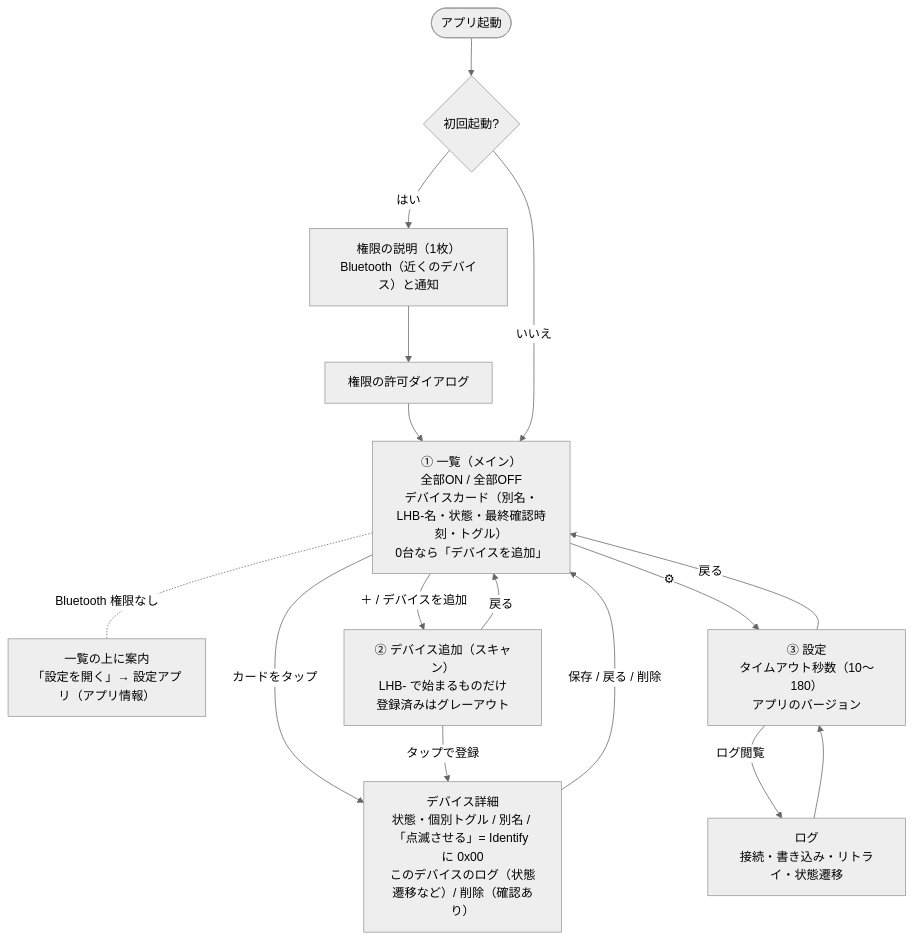
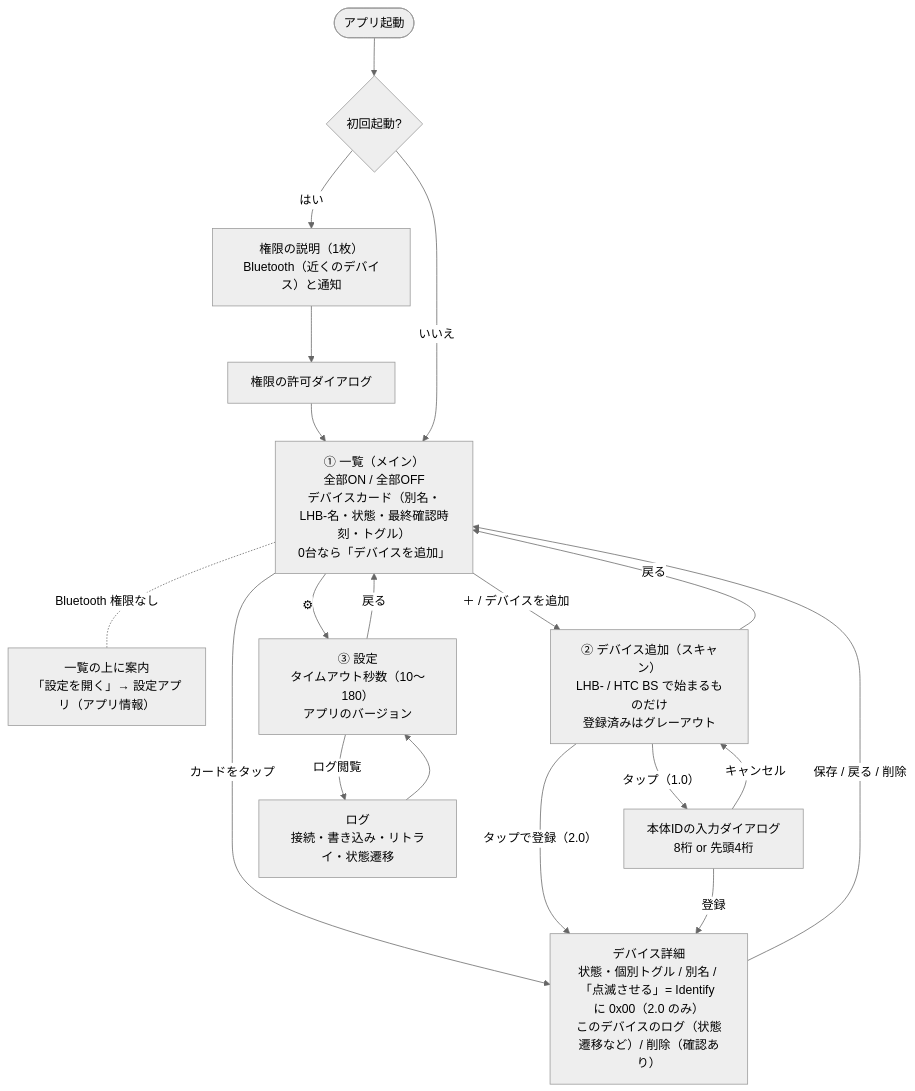
Before and after one commit to zeusisgood/lighthouse-keeper: the diagram in docs/architecture/04-screen-flow.md, drawn with Mermaid (neutral theme). The commit also changed other lines of this file and 17 other files, not shown here.

````diff
--- a/docs/architecture/04-screen-flow.md
+++ b/docs/architecture/04-screen-flow.md
@@ -5,22 +5,25 @@
 ```mermaid
 flowchart TB
     Start([アプリ起動]) --> First{初回起動?}
     First -- はい --> Explain["権限の説明（1枚）<br/>Bluetooth（近くのデバイス）と通知"]
     Explain --> Dialog["権限の許可ダイアログ"]
     Dialog --> List
     First -- いいえ --> List
 
     List["① 一覧（メイン）<br/>全部ON / 全部OFF<br/>デバイスカード（別名・LHB-名・状態・最終確認時刻・トグル）<br/>0台なら「デバイスを追加」"]
     List -. "Bluetooth 権限なし" .- Banner["一覧の上に案内<br/>「設定を開く」→ 設定アプリ（アプリ情報）"]
     List -- "カードをタップ" --> Detail
 
-    List -- "＋ / デバイスを追加" --> Scan["② デバイス追加（スキャン）<br/>LHB- で始まるものだけ<br/>登録済みはグレーアウト"]
-    Scan -- "タップで登録" --> Detail["デバイス詳細<br/>状態・個別トグル / 別名 / 「点滅させる」= Identify に 0x00<br/>このデバイスのログ（状態遷移など）/ 削除（確認あり）"]
+    List -- "＋ / デバイスを追加" --> Scan["② デバイス追加（スキャン）<br/>LHB- / HTC BS で始まるものだけ<br/>登録済みはグレーアウト"]
+    Scan -- "タップで登録（2.0）" --> Detail["デバイス詳細<br/>状態・個別トグル / 別名 / 「点滅させる」= Identify に 0x00（2.0 のみ）<br/>このデバイスのログ（状態遷移など）/ 削除（確認あり）"]
+    Scan -- "タップ（1.0）" --> AskId["本体IDの入力ダイアログ<br/>8桁 or 先頭4桁"]
+    AskId -- "登録" --> Detail
+    AskId -- "キャンセル" --> Scan
     Detail -- "保存 / 戻る / 削除" --> List
     Scan -- "戻る" --> List
 
     List -- "⚙" --> Settings["③ 設定<br/>タイムアウト秒数（10〜180）<br/>アプリのバージョン"]
     Settings -- "ログ閲覧" --> Log["ログ<br/>接続・書き込み・リトライ・状態遷移"]
     Log --> Settings
     Settings -- "戻る" --> List
 ```
````
